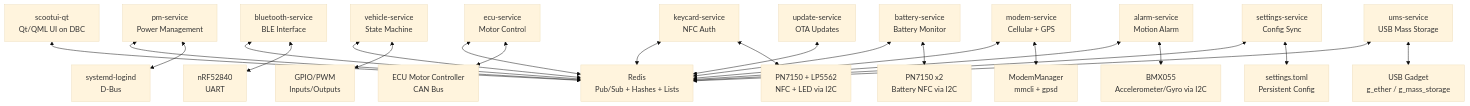
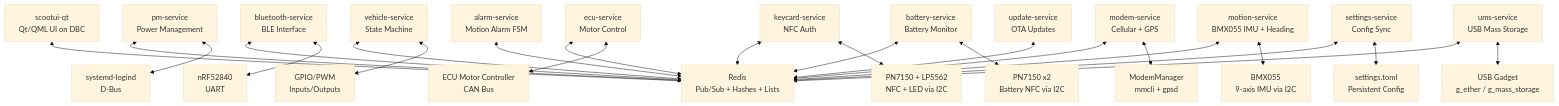
Before and after one commit to librescoot/unu-tech-reference: the diagram in services/README.md, drawn with Mermaid (base theme). The commit also changed other lines of this file and 3 other files, not shown here.

First line of the commit message:
docs: motion-service split, alarm-service rewrite, motion:* in interactions map

````diff
--- a/services/README.md
+++ b/services/README.md
@@ -26,52 +27,54 @@
 ```mermaid
 graph TB
     UI["scootui-qt<br/>Qt/QML UI on DBC"]
     Redis["Redis<br/>Pub/Sub + Hashes + Lists"]
 
     PM["pm-service<br/>Power Management"]
     BT["bluetooth-service<br/>BLE Interface"]
     VH["vehicle-service<br/>State Machine"]
     ECU["ecu-service<br/>Motor Control"]
     KC["keycard-service<br/>NFC Auth"]
     BAT["battery-service<br/>Battery Monitor"]
     MDM["modem-service<br/>Cellular + GPS"]
-    ALM["alarm-service<br/>Motion Alarm"]
+    MOT["motion-service<br/>BMX055 IMU + Heading"]
+    ALM["alarm-service<br/>Motion Alarm FSM"]
     SET["settings-service<br/>Config Sync"]
     UMS["ums-service<br/>USB Mass Storage"]
     UPD["update-service<br/>OTA Updates"]
 
     LOGIND["systemd-logind<br/>D-Bus"]
     NRF["nRF52840<br/>UART"]
     GPIO["GPIO/PWM<br/>Inputs/Outputs"]
     CAN["ECU Motor Controller<br/>CAN Bus"]
     NFC1["PN7150 + LP5562<br/>NFC + LED via I2C"]
     NFC2["PN7150 x2<br/>Battery NFC via I2C"]
     MODEM["ModemManager<br/>mmcli + gpsd"]
-    BMX["BMX055<br/>Accelerometer/Gyro via I2C"]
+    BMX["BMX055<br/>9-axis IMU via I2C"]
     TOML["settings.toml<br/>Persistent Config"]
     USB["USB Gadget<br/>g_ether / g_mass_storage"]
 
     UI <--> Redis
     PM <--> Redis
     BT <--> Redis
     VH <--> Redis
     ECU <--> Redis
     KC <--> Redis
     BAT <--> Redis
     MDM <--> Redis
+    MOT <--> Redis
     ALM <--> Redis
     SET <--> Redis
     UMS <--> Redis
     UPD <--> Redis
 
     PM <--> LOGIND
     BT <--> NRF
     VH <--> GPIO
     ECU <--> CAN
     KC <--> NFC1
     BAT <--> NFC2
     MDM <--> MODEM
-    ALM <--> BMX
+    MOT <--> BMX
     SET <--> TOML
     UMS <--> USB
 ```
````
